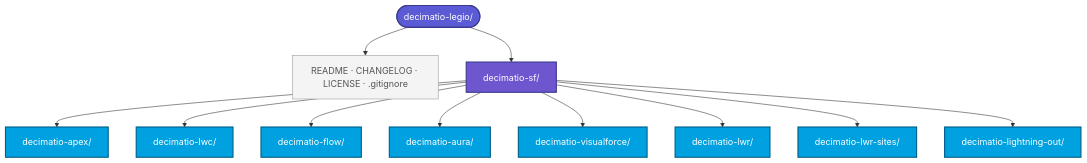
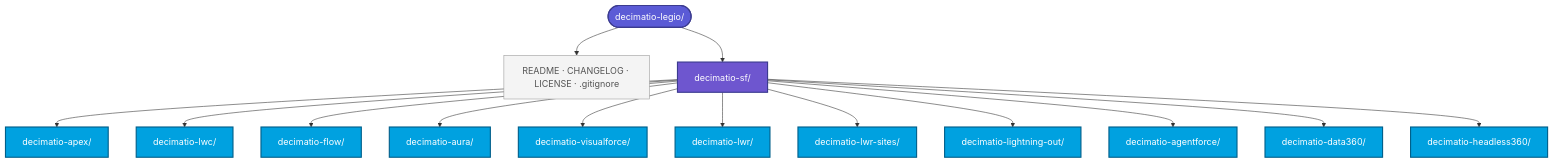
Before and after one commit to Dyarchia/dyarchia-salesforce: the first of 3 diagrams in README.md, drawn with Mermaid. The commit also changed other lines of this file and 10 other files, not shown here.

First line of the commit message:
feat(decimatio-sf): add Agentforce, Data 360 and Headless 360 skills

````diff
--- a/README.md
+++ b/README.md
@@ -34,25 +37,28 @@
 ```mermaid
 graph TD
     Root([decimatio-legio/])
     Root --> Meta["README · CHANGELOG · LICENSE · .gitignore"]
     Root --> SF[decimatio-sf/]
 
     SF --> Apex[decimatio-apex/]
     SF --> LWC[decimatio-lwc/]
     SF --> Flow[decimatio-flow/]
     SF --> Aura[decimatio-aura/]
     SF --> VF[decimatio-visualforce/]
     SF --> LWR[decimatio-lwr/]
     SF --> LWRS[decimatio-lwr-sites/]
     SF --> LO[decimatio-lightning-out/]
+    SF --> AF[decimatio-agentforce/]
+    SF --> D360[decimatio-data360/]
+    SF --> H360[decimatio-headless360/]
 
     classDef root fill:#5B5BD6,stroke:#3B3B8F,color:#fff,stroke-width:2px
     classDef domainFolder fill:#6E56CF,stroke:#3B3B8F,color:#fff,stroke-width:2px
     classDef skillFolder fill:#00A1E0,stroke:#005F8A,color:#fff,stroke-width:2px
     classDef meta fill:#F4F4F4,stroke:#999,color:#555
 
     class Root root
     class SF domainFolder
-    class Apex,LWC,Flow,Aura,VF,LWR,LWRS,LO skillFolder
+    class Apex,LWC,Flow,Aura,VF,LWR,LWRS,LO,AF,D360,H360 skillFolder
     class Meta meta
 ```
````
